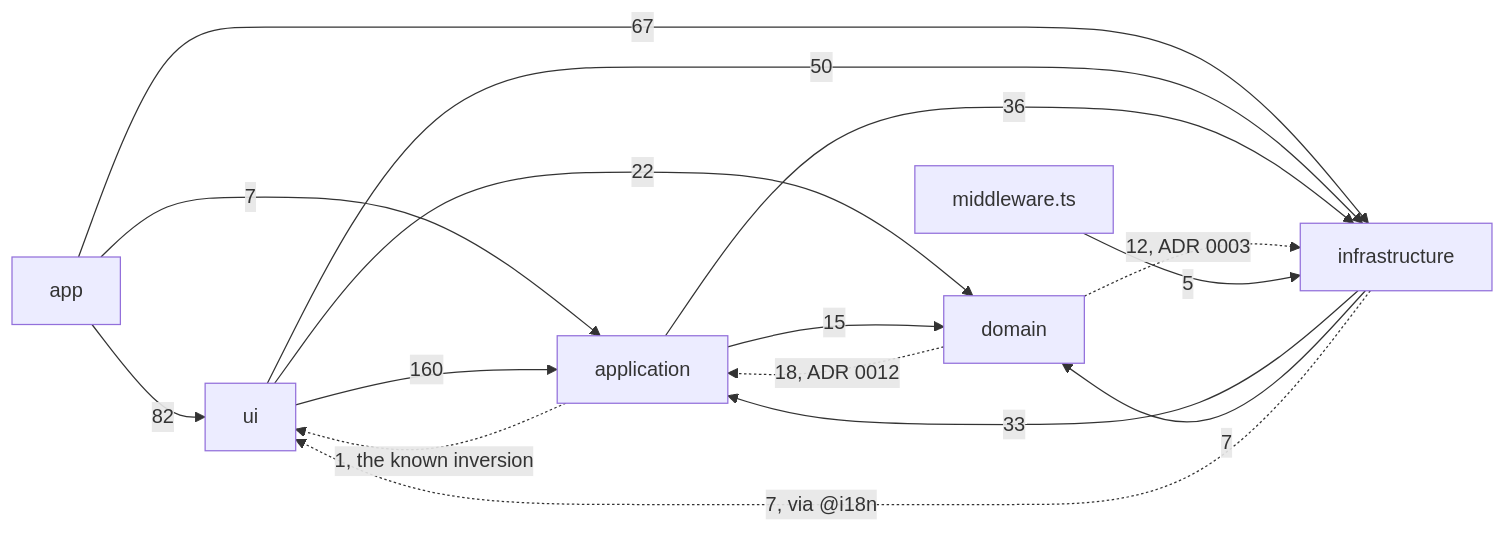
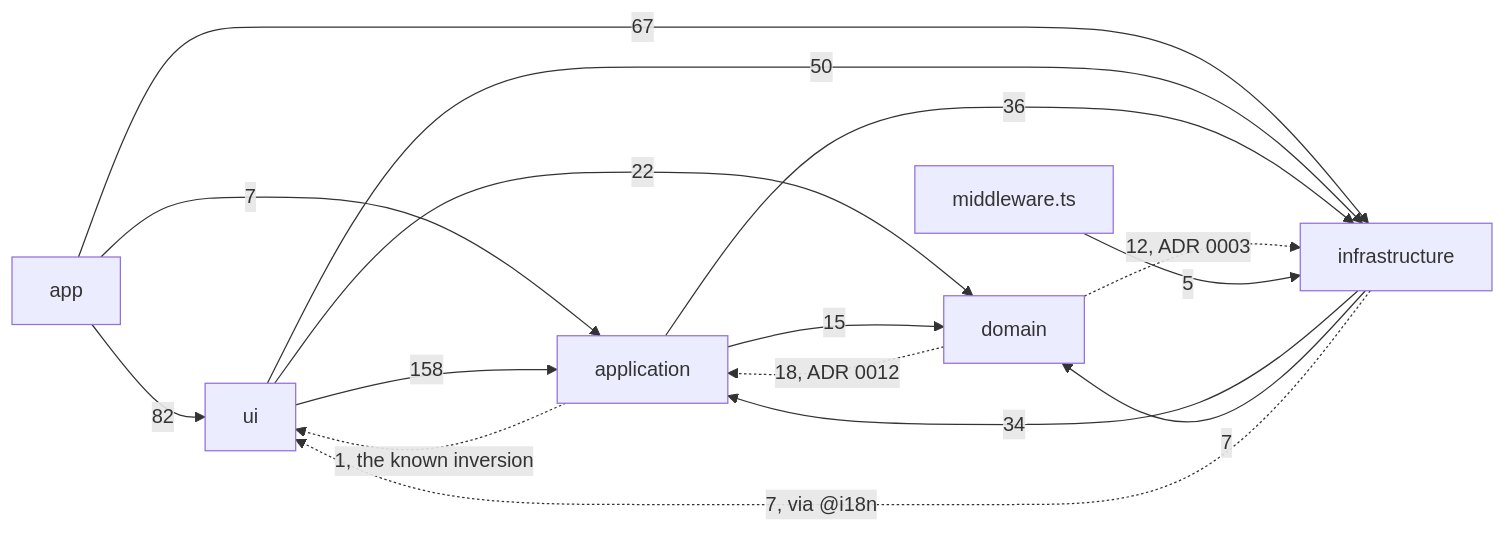
Before and after one commit to fbuireu/forever-pto: the diagram in apps/docs/src/content/docs/architecture/overview.mdx, drawn with Mermaid. The commit also changed other lines of this file and 3 other files, not shown here.

````diff
--- a/apps/docs/src/content/docs/architecture/overview.mdx
+++ b/apps/docs/src/content/docs/architecture/overview.mdx
@@ -47,24 +47,24 @@
 ```mermaid
 flowchart LR
   APP[app]
   UI[ui]
   APPL[application]
   DOM[domain]
   INFRA[infrastructure]
   MW[middleware.ts]
   APP -->|82| UI
   APP -->|7| APPL
   APP -->|67| INFRA
-  UI -->|160| APPL
+  UI -->|158| APPL
   UI -->|22| DOM
   UI -->|50| INFRA
   APPL -->|15| DOM
   APPL -->|36| INFRA
   APPL -.->|1, the known inversion| UI
   DOM -.->|18, ADR 0012| APPL
   DOM -.->|12, ADR 0003| INFRA
-  INFRA -->|33| APPL
+  INFRA -->|34| APPL
   INFRA -->|7| DOM
   INFRA -.->|7, via @i18n| UI
   MW -->|5| INFRA
 ```
````
